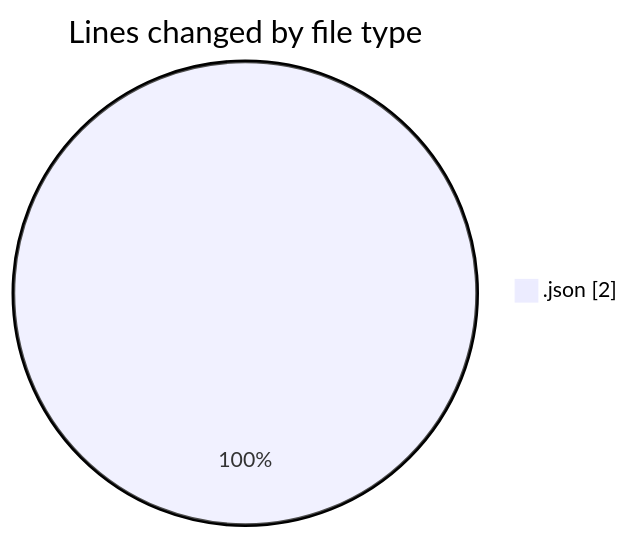
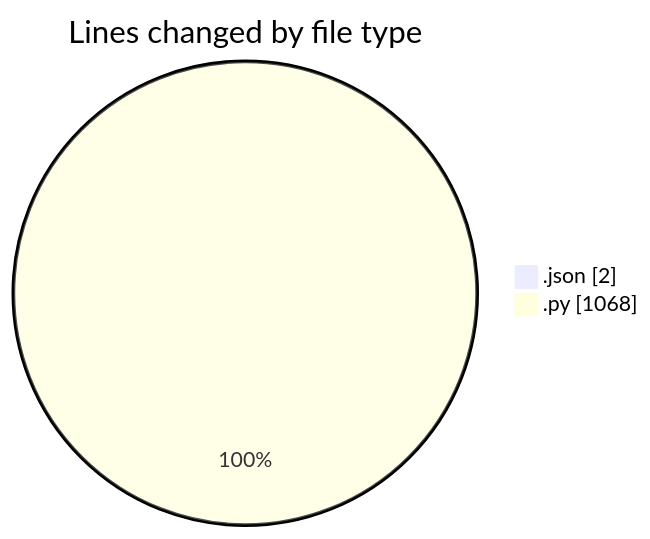
The first of 2 diagrams in 2025-02-19/myws__workspace_/README.md (MatusMokan/code-tracking), drawn with Mermaid before and after one commit. The commit also changed other lines of this file and 1 other file, not shown here.

````diff
--- a/2025-02-19/myws__workspace_/README.md
+++ b/2025-02-19/myws__workspace_/README.md
@@ -21,5 +24,6 @@
 ```mermaid
 pie showData
 title Lines changed by file type
 ".json" : 2
+".py" : 1068
 ```
````
